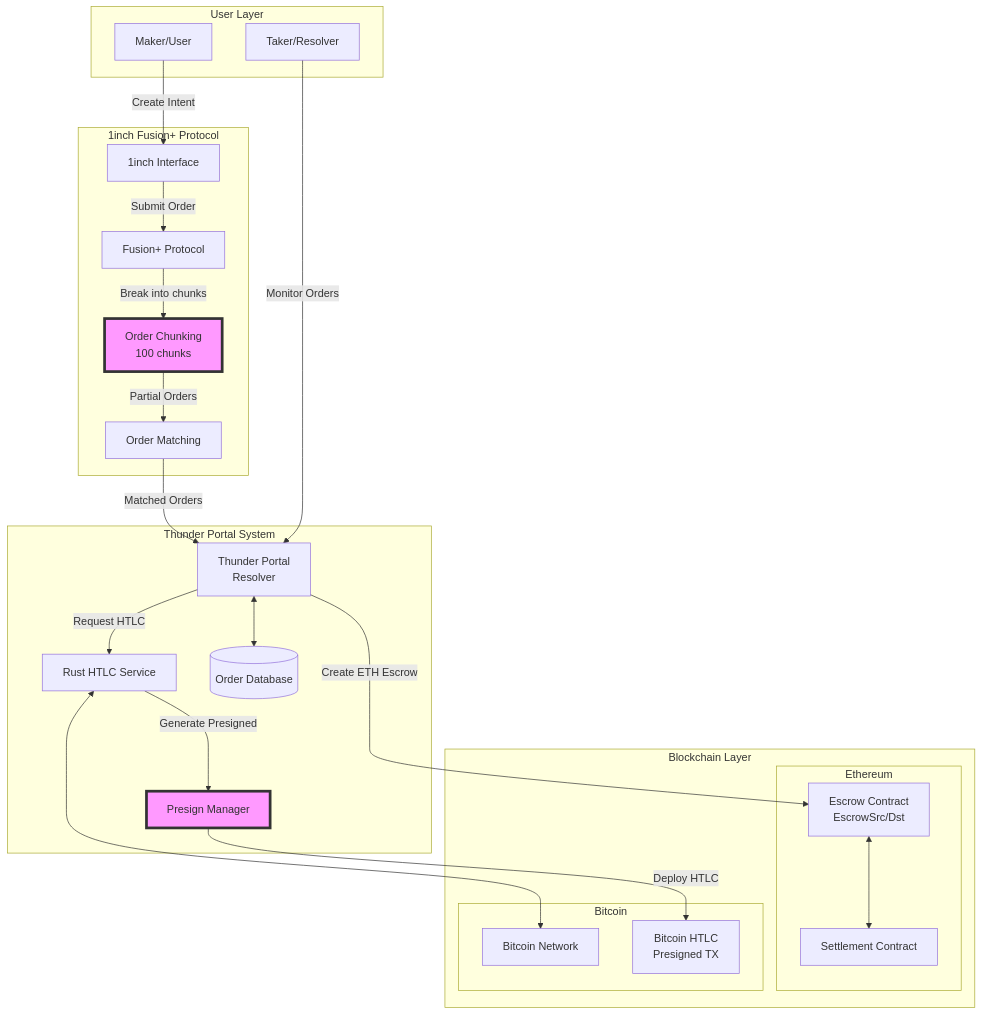
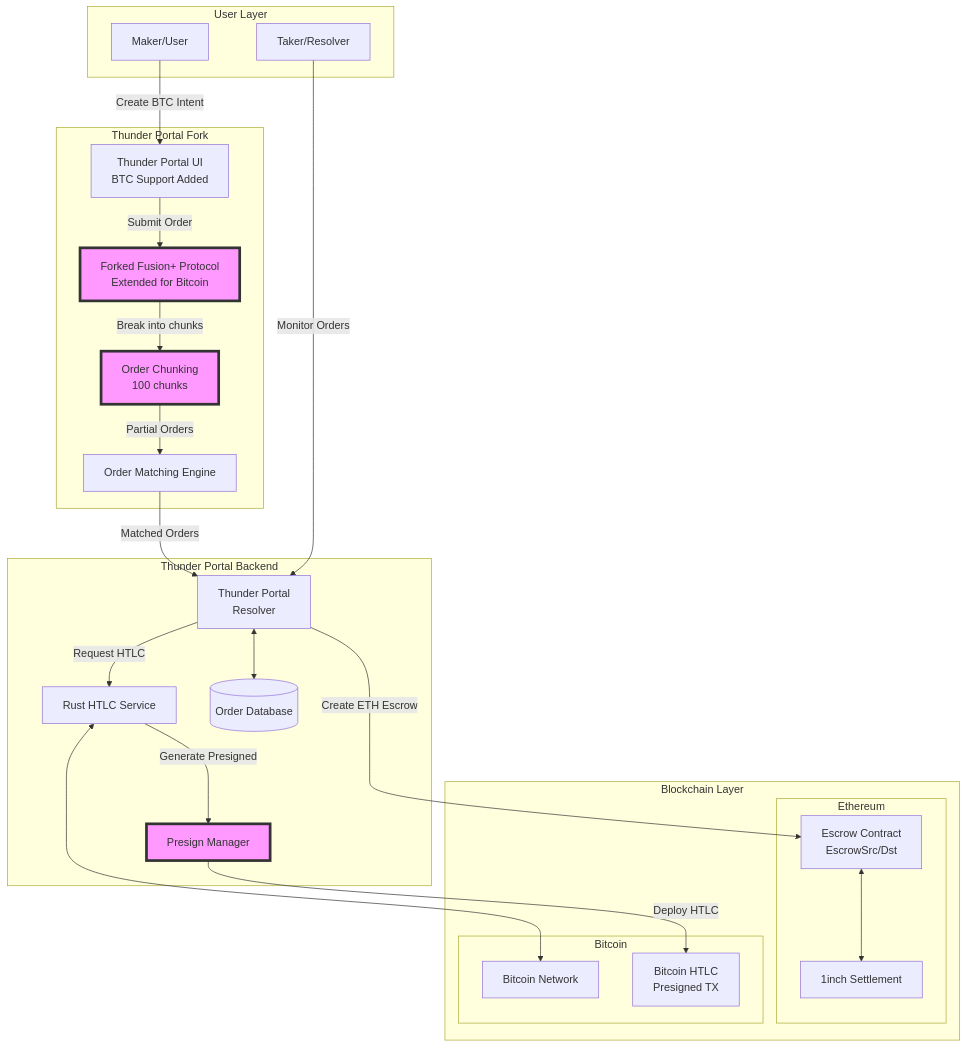
Before and after one commit to NuttakitDW/thunder-portal: the first of 7 diagrams in README.md, drawn with Mermaid. The commit also changed other lines of this file, not shown here.

Commit message:
docs: Update README to reflect Bitcoin support in Thunder Portal and enhance architecture details

````diff
--- a/README.md
+++ b/README.md
@@ -20,51 +20,52 @@
 ```mermaid
 graph TB
     subgraph "User Layer"
         Maker[Maker/User]
         Taker[Taker/Resolver]
     end
     
-    subgraph "1inch Fusion+ Protocol"
-        UI[1inch Interface]
-        FP[Fusion+ Protocol]
+    subgraph "Thunder Portal Fork"
+        TUI[Thunder Portal UI<br/>BTC Support Added]
+        TFP[Forked Fusion+ Protocol<br/>Extended for Bitcoin]
         OC[Order Chunking<br/>100 chunks]
-        OM[Order Matching]
+        OM[Order Matching Engine]
     end
     
-    subgraph "Thunder Portal System"
+    subgraph "Thunder Portal Backend"
         TPR[Thunder Portal<br/>Resolver]
         HTLC[Rust HTLC Service]
         PM[Presign Manager]
         DB[(Order Database)]
     end
     
     subgraph "Blockchain Layer"
         subgraph "Ethereum"
             ESC[Escrow Contract<br/>EscrowSrc/Dst]
-            SC[Settlement Contract]
+            SC[1inch Settlement]
         end
         subgraph "Bitcoin"
             BTC[Bitcoin Network]
             BHTLC[Bitcoin HTLC<br/>Presigned TX]
         end
     end
     
-    Maker -->|Create Intent| UI
-    UI -->|Submit Order| FP
-    FP -->|Break into chunks| OC
+    Maker -->|Create BTC Intent| TUI
+    TUI -->|Submit Order| TFP
+    TFP -->|Break into chunks| OC
     OC -->|Partial Orders| OM
     OM -->|Matched Orders| TPR
     
     TPR -->|Create ETH Escrow| ESC
     TPR -->|Request HTLC| HTLC
     HTLC -->|Generate Presigned| PM
     PM -->|Deploy HTLC| BHTLC
     
     Taker -->|Monitor Orders| TPR
     TPR <--> DB
     ESC <--> SC
     HTLC <--> BTC
     
+    style TFP fill:#f9f,stroke:#333,stroke-width:4px
     style OC fill:#f9f,stroke:#333,stroke-width:4px
     style PM fill:#f9f,stroke:#333,stroke-width:4px
 ```
````
